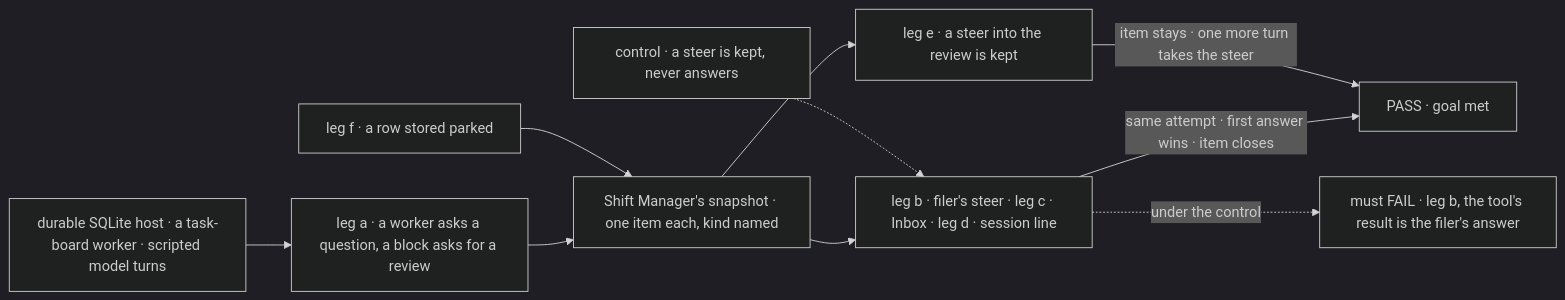
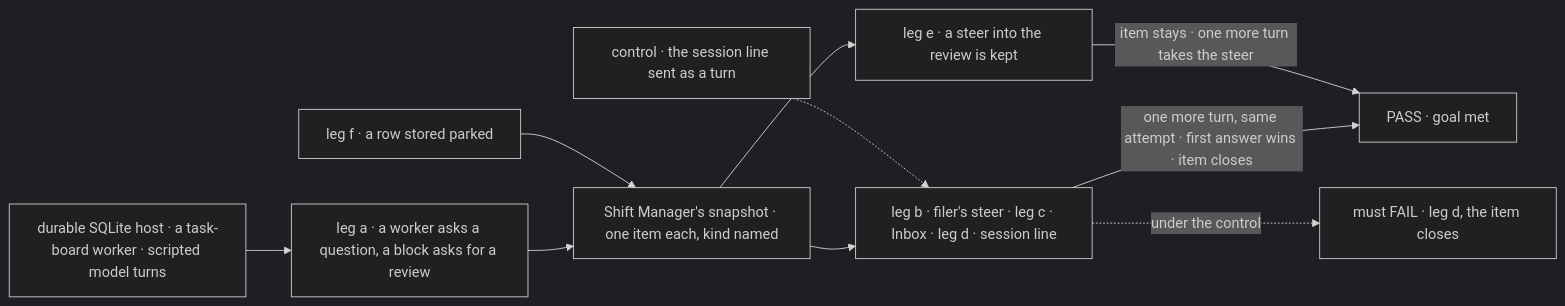
The first of 2 diagrams in specs/issues/FIX-2131/SPEC.md (fixpoint-labs/flow-state-dev), drawn with Mermaid (dark theme) before and after one commit. The commit also changed other lines of this file and 4 other files, not shown here.

````diff
--- a/specs/issues/FIX-2131/SPEC.md
+++ b/specs/issues/FIX-2131/SPEC.md
@@ -29,12 +29,12 @@
 ```mermaid
 flowchart LR
   H["durable SQLite host · a task-board worker · scripted model turns"] --> A["leg a · a worker asks a question, a block asks for a review"]
   A --> I["Shift Manager's snapshot · one item each, kind named"]
   I --> B["leg b · filer's steer · leg c · Inbox · leg d · session line"]
   I --> W["leg e · a steer into the review is kept"]
   L["leg f · a row stored parked"] --> I
-  B -->|"same attempt · first answer wins · item closes"| P["PASS · goal met"]
+  B -->|"one more turn, same attempt · first answer wins · item closes"| P["PASS · goal met"]
   W -->|"item stays · one more turn takes the steer"| P
-  C["control · a steer is kept, never answers"] -.-> B
-  B -.->|"under the control"| F["must FAIL · leg b, the tool's result is the filer's answer"]
+  C["control · the session line sent as a turn"] -.-> B
+  B -.->|"under the control"| F["must FAIL · leg d, the item closes"]
 ```
````
